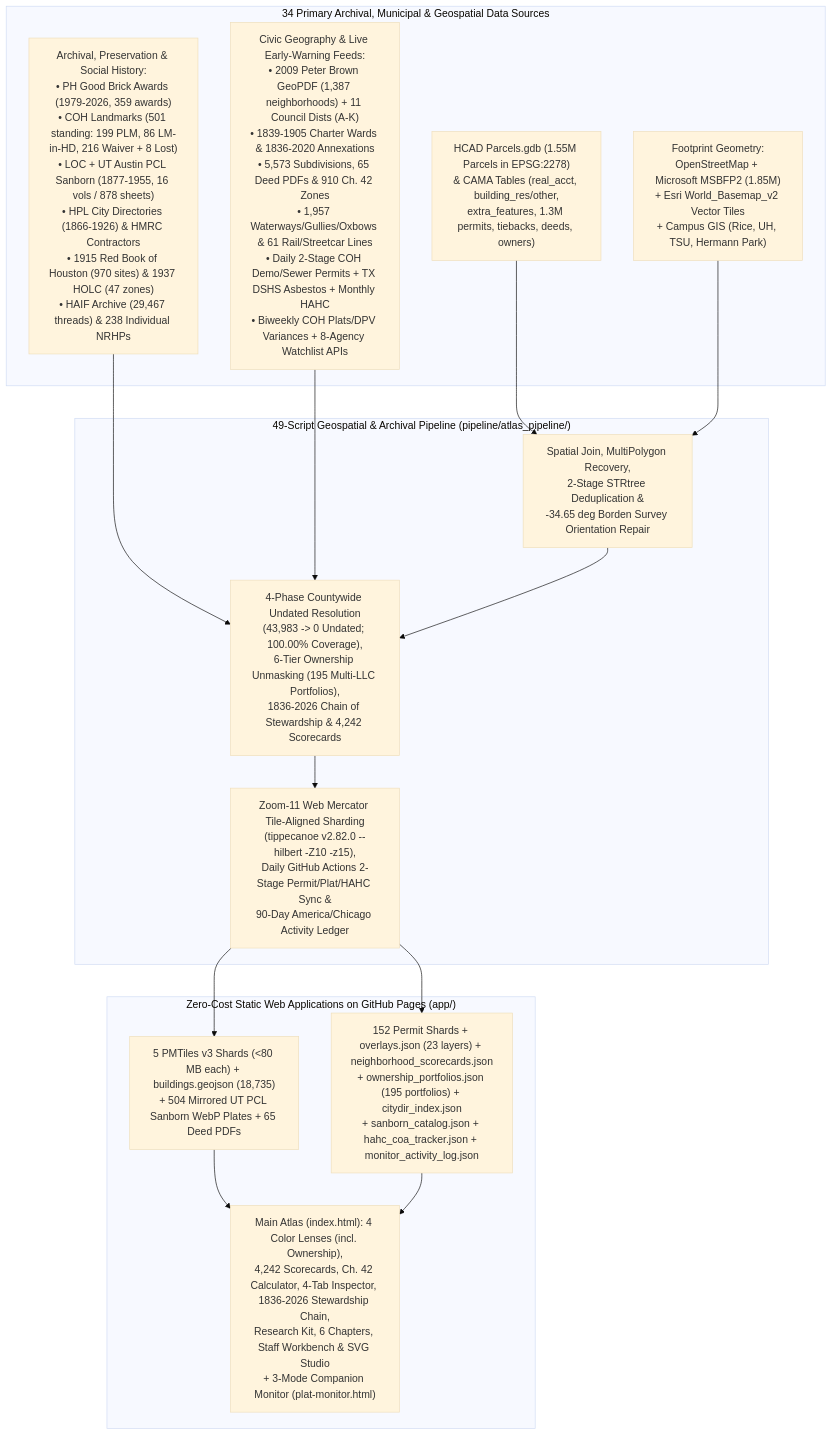
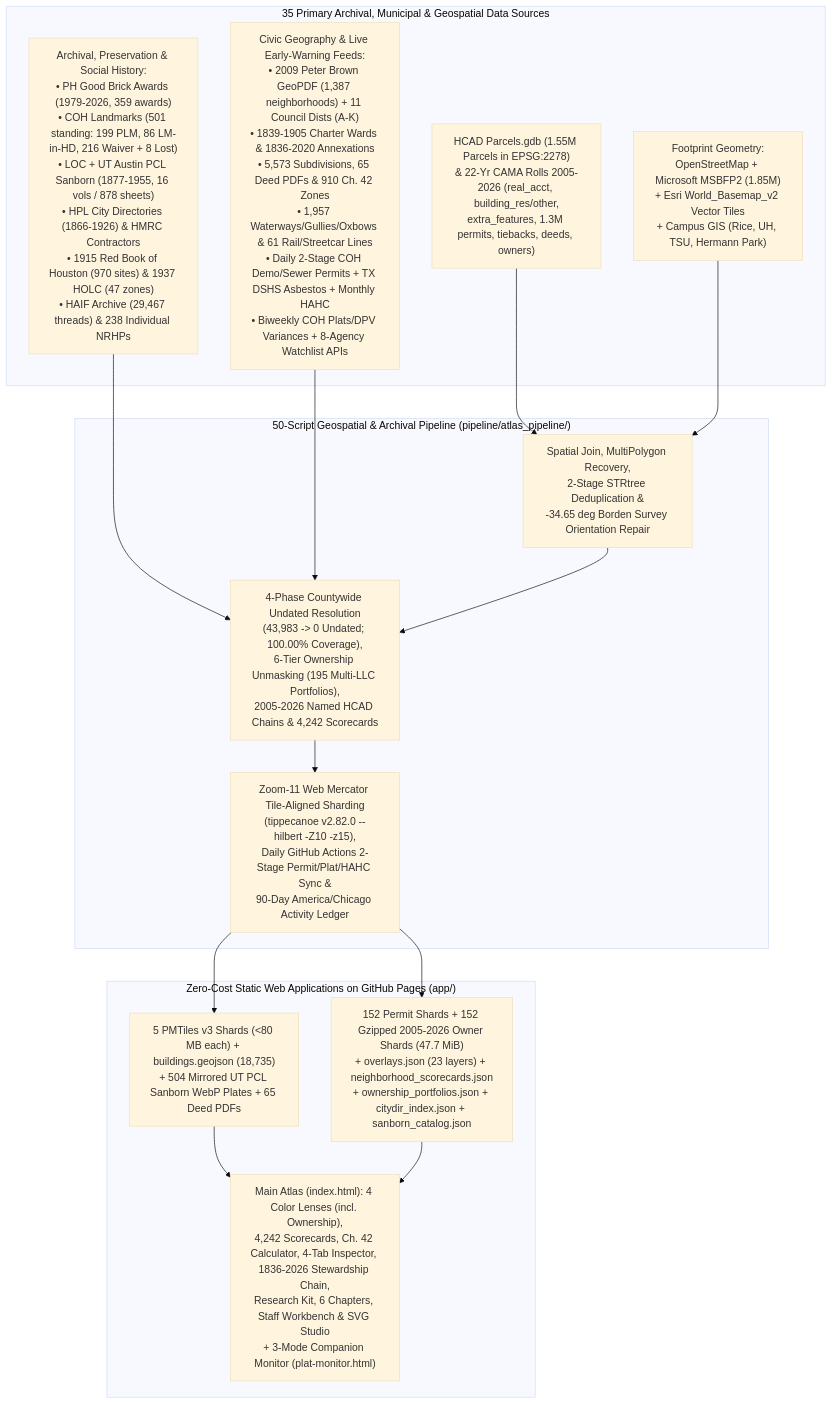
Before and after one commit to davemorris-gcp/houston-building-atlas: the diagram in README.md, drawn with Mermaid (base theme). The commit also changed other lines of this file and 353 other files, not shown here.

Commit message:
Milestone 8: Add 22-year (2005-2026) HCAD ownership chains, static Sec. 25.025 conf shields, and Clerk RP tools

````diff
--- a/README.md
+++ b/README.md
@@ -19,26 +19,26 @@
 ```mermaid
 flowchart TD
-    subgraph Sources["34 Primary Archival, Municipal & Geospatial Data Sources"]
-        S1["HCAD Parcels.gdb (1.55M Parcels in EPSG:2278)\n& CAMA Tables (real_acct, building_res/other,\nextra_features, 1.3M permits, tiebacks, deeds, owners)"]
+    subgraph Sources["35 Primary Archival, Municipal & Geospatial Data Sources"]
+        S1["HCAD Parcels.gdb (1.55M Parcels in EPSG:2278)\n& 22-Yr CAMA Rolls 2005-2026 (real_acct, building_res/other,\nextra_features, 1.3M permits, tiebacks, deeds, owners)"]
         S2["Footprint Geometry:\nOpenStreetMap + Microsoft MSBFP2 (1.85M)\n+ Esri World_Basemap_v2 Vector Tiles\n+ Campus GIS (Rice, UH, TSU, Hermann Park)"]
         S3["Archival, Preservation & Social History:\n• PH Good Brick Awards (1979-2026, 359 awards)\n• COH Landmarks (501 standing: 199 PLM, 86 LM-in-HD, 216 Waiver + 8 Lost)\n• LOC + UT Austin PCL Sanborn (1877-1955, 16 vols / 878 sheets)\n• HPL City Directories (1866-1926) & HMRC Contractors\n• 1915 Red Book of Houston (970 sites) & 1937 HOLC (47 zones)\n• HAIF Archive (29,467 threads) & 238 Individual NRHPs"]
         S4["Civic Geography & Live Early-Warning Feeds:\n• 2009 Peter Brown GeoPDF (1,387 neighborhoods) + 11 Council Dists (A-K)\n• 1839-1905 Charter Wards & 1836-2020 Annexations\n• 5,573 Subdivisions, 65 Deed PDFs & 910 Ch. 42 Zones\n• 1,957 Waterways/Gullies/Oxbows & 61 Rail/Streetcar Lines\n• Daily 2-Stage COH Demo/Sewer Permits + TX DSHS Asbestos + Monthly HAHC\n• Biweekly COH Plats/DPV Variances + 8-Agency Watchlist APIs"]
     end
 
-    subgraph Pipeline["49-Script Geospatial & Archival Pipeline (pipeline/atlas_pipeline/)"]
+    subgraph Pipeline["50-Script Geospatial & Archival Pipeline (pipeline/atlas_pipeline/)"]
         P1["Spatial Join, MultiPolygon Recovery,\n2-Stage STRtree Deduplication &\n-34.65 deg Borden Survey Orientation Repair"]
-        P2["4-Phase Countywide Undated Resolution\n(43,983 -> 0 Undated; 100.00% Coverage),\n6-Tier Ownership Unmasking (195 Multi-LLC Portfolios),\n1836-2026 Chain of Stewardship & 4,242 Scorecards"]
+        P2["4-Phase Countywide Undated Resolution\n(43,983 -> 0 Undated; 100.00% Coverage),\n6-Tier Ownership Unmasking (195 Multi-LLC Portfolios),\n2005-2026 Named HCAD Chains & 4,242 Scorecards"]
         P3["Zoom-11 Web Mercator Tile-Aligned Sharding\n(tippecanoe v2.82.0 --hilbert -Z10 -z15),\nDaily GitHub Actions 2-Stage Permit/Plat/HAHC Sync &\n90-Day America/Chicago Activity Ledger"]
     end
 
     subgraph App["Zero-Cost Static Web Applications on GitHub Pages (app/)"]
         A1["5 PMTiles v3 Shards (<80 MB each) + buildings.geojson (18,735)\n+ 504 Mirrored UT PCL Sanborn WebP Plates + 65 Deed PDFs"]
-        A2["152 Permit Shards + overlays.json (23 layers) + neighborhood_scorecards.json\n+ ownership_portfolios.json (195 portfolios) + citydir_index.json\n+ sanborn_catalog.json + hahc_coa_tracker.json + monitor_activity_log.json"]
+        A2["152 Permit Shards + 152 Gzipped 2005-2026 Owner Shards (47.7 MiB)\n+ overlays.json (23 layers) + neighborhood_scorecards.json\n+ ownership_portfolios.json + citydir_index.json + sanborn_catalog.json"]
         A3["Main Atlas (index.html): 4 Color Lenses (incl. Ownership),\n4,242 Scorecards, Ch. 42 Calculator, 4-Tab Inspector, 1836-2026 Stewardship Chain,\nResearch Kit, 6 Chapters, Staff Workbench & SVG Studio\n+ 3-Mode Companion Monitor (plat-monitor.html)"]
     end
 
     S1 & S2 --> P1
     S3 & S4 --> P2
     P1 --> P2 --> P3
     P3 --> A1 & A2 --> A3
 ```
````
